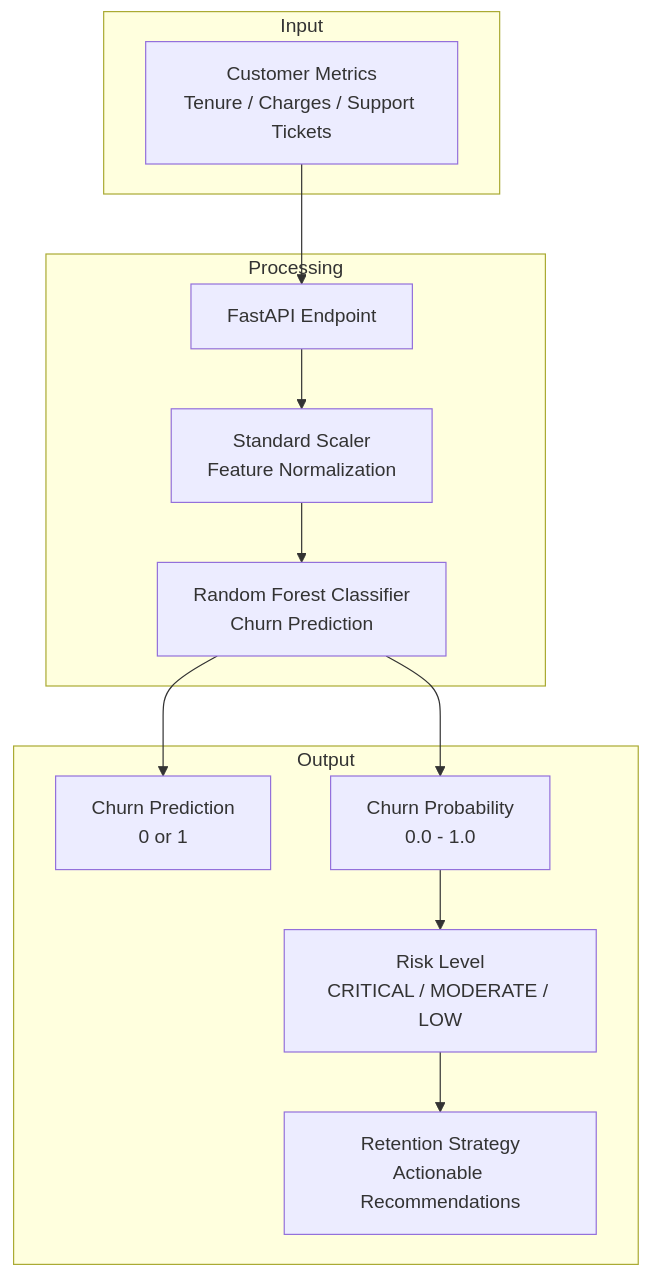
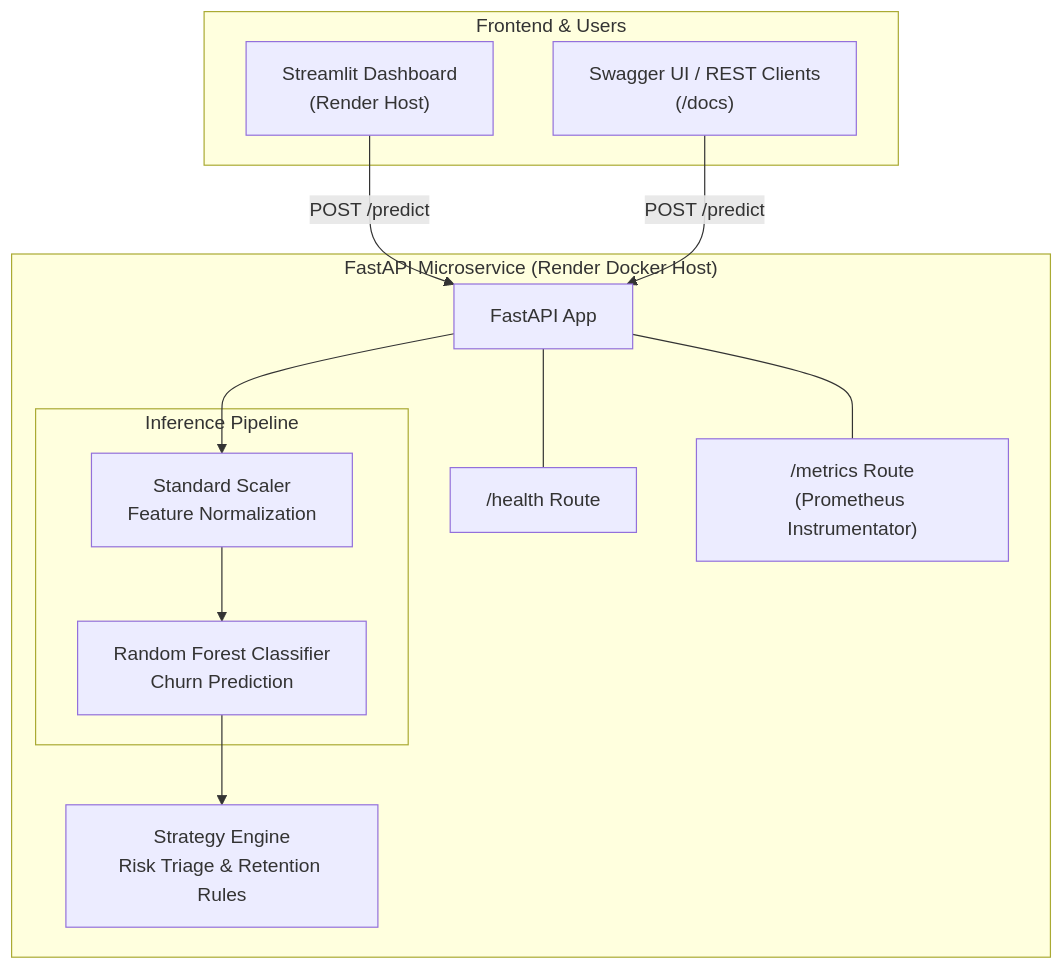
One commit to Baqir110/customer-churn-analytics changed the diagram in Readme.md. Above: the diagram before and after it, drawn with Mermaid. The commit also changed other lines of this file, not shown here.

````diff
--- a/Readme.md
+++ b/Readme.md
@@ -54,28 +64,31 @@
 ```mermaid
 flowchart TB
-    subgraph Input
-        M[Customer Metrics<br/>Tenure / Charges / Support Tickets]
+    subgraph Client ["Frontend & Users"]
+        UI["Streamlit Dashboard<br/>(Render Host)"]
+        SWAGGER["Swagger UI / REST Clients<br/>(/docs)"]
     end
 
-    subgraph Processing
-        API[FastAPI Endpoint]
-        SC[Standard Scaler<br/>Feature Normalization]
-        RF[Random Forest Classifier<br/>Churn Prediction]
+    subgraph Backend ["FastAPI Microservice (Render Docker Host)"]
+        API["FastAPI App"]
+        HEALTH["/health Route"]
+        METRICS["/metrics Route<br/>(Prometheus Instrumentator)"]
+
+        subgraph Pipeline ["Inference Pipeline"]
+            SC["Standard Scaler<br/>Feature Normalization"]
+            RF["Random Forest Classifier<br/>Churn Prediction"]
+        end
+
+        RULE["Strategy Engine<br/>Risk Triage & Retention Rules"]
     end
 
-    subgraph Output
-        PRED[Churn Prediction<br/>0 or 1]
-        PROB[Churn Probability<br/>0.0 - 1.0]
-        RISK[Risk Level<br/>CRITICAL / MODERATE / LOW]
-        STRAT[Retention Strategy<br/>Actionable Recommendations]
-    end
+    UI -->|"POST /predict"| API
+    SWAGGER -->|"POST /predict"| API
 
-    M --> API
     API --> SC
     SC --> RF
-    RF --> PRED
-    RF --> PROB
-    PROB --> RISK
-    RISK --> STRAT
+    RF --> RULE
+
+    API --- HEALTH
+    API --- METRICS
 
 ```
````
